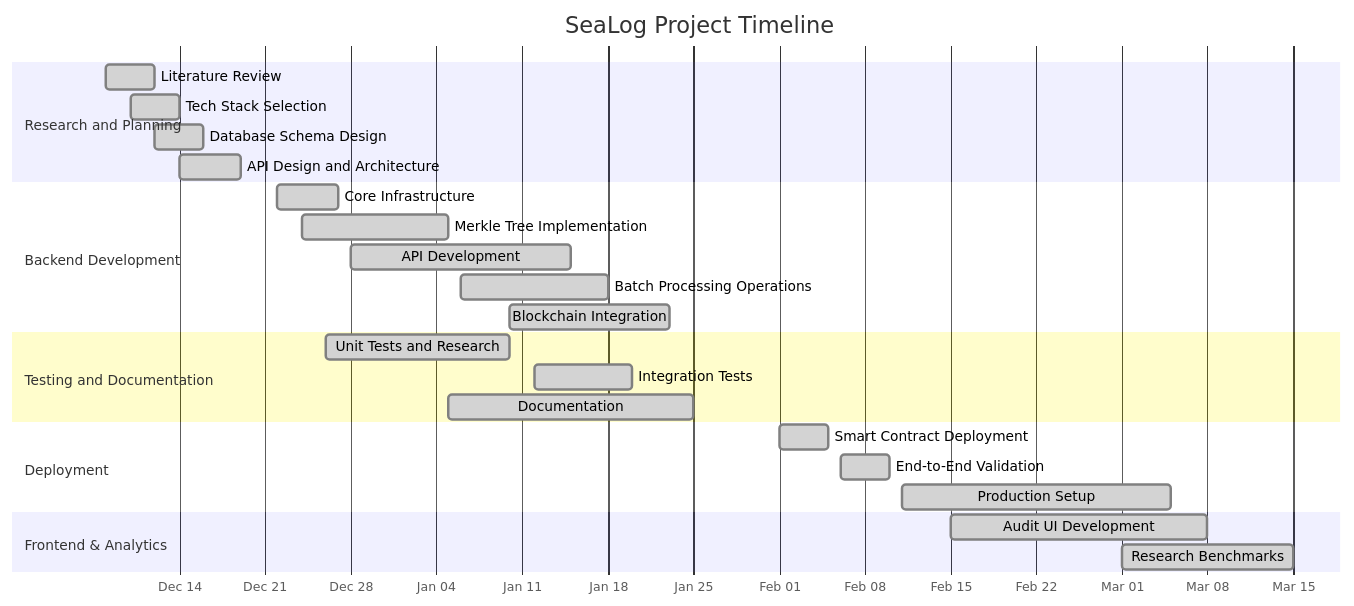
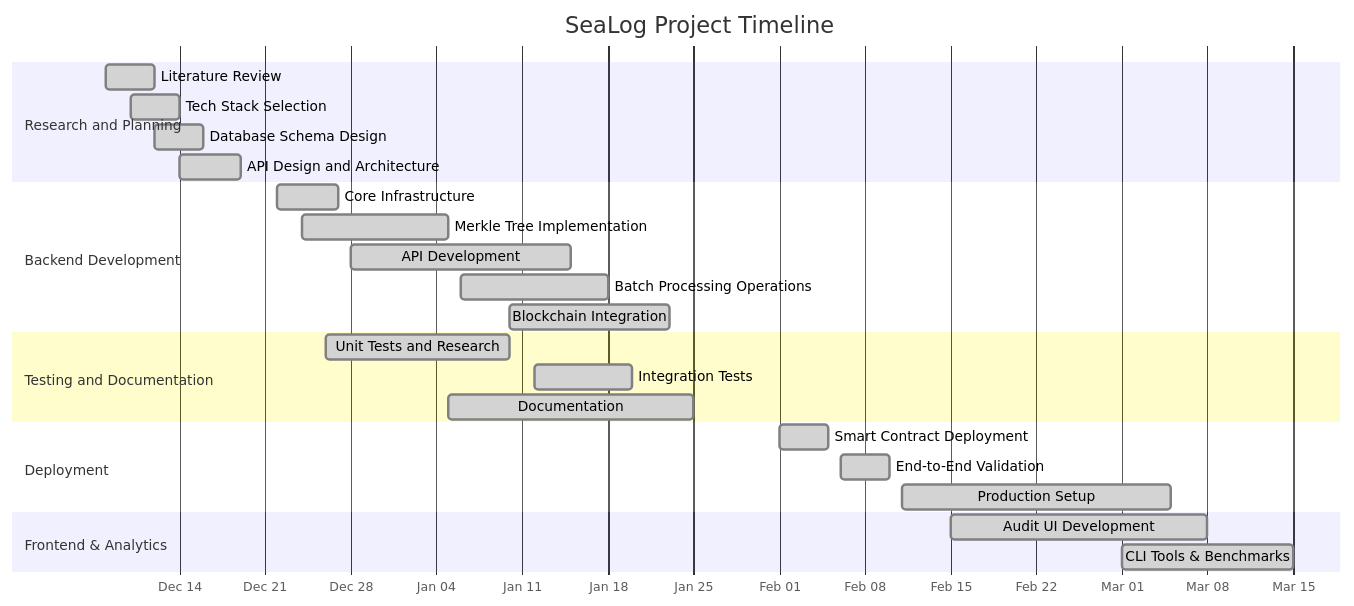
The diagram in docs/PROJECT_TIMELINE.md (birajkashyap/SeaLog-v1), drawn with Mermaid before and after one commit. The commit also changed other lines of this file, not shown here.

Commit message:
docs: Sync timeline milestones with the final Gantt chart image dates

````diff
--- a/docs/PROJECT_TIMELINE.md
+++ b/docs/PROJECT_TIMELINE.md
@@ -7,33 +7,33 @@
 ```mermaid
 gantt
     title SeaLog Project Timeline
     dateFormat YYYY-MM-DD
     axisFormat %b %d
     
     section Research and Planning
     Literature Review           :done, research1, 2025-12-08, 2025-12-12
     Tech Stack Selection        :done, research2, 2025-12-10, 2025-12-14
     Database Schema Design      :done, research3, 2025-12-12, 2025-12-16
     API Design and Architecture :done, research4, 2025-12-14, 2025-12-19
     
     section Backend Development
     Core Infrastructure         :done, backend1, 2025-12-22, 2025-12-27
     Merkle Tree Implementation  :done, backend2, 2025-12-24, 2026-01-05
     API Development             :done, backend3, 2025-12-28, 2026-01-15
     Batch Processing Operations :done, backend4, 2026-01-06, 2026-01-18
     Blockchain Integration      :done, backend5, 2026-01-10, 2026-01-23
     
     section Testing and Documentation
     Unit Tests and Research     :done, test1, 2025-12-26, 2026-01-10
     Integration Tests           :done, test2, 2026-01-12, 2026-01-20
     Documentation               :done, test3, 2026-01-05, 2026-01-25
     
     section Deployment
     Smart Contract Deployment   :done, deploy1, 2026-02-01, 2026-02-05
     End-to-End Validation       :done, deploy2, 2026-02-06, 2026-02-10
     Production Setup            :done, deploy3, 2026-02-11, 2026-03-05
     
     section Frontend & Analytics
     Audit UI Development        :done, frontend1, 2026-02-15, 2026-03-08
-    Research Benchmarks         :done, frontend2, 2026-03-01, 2026-03-15
+    CLI Tools & Benchmarks      :done, frontend2, 2026-03-01, 2026-03-15
 ```
````
